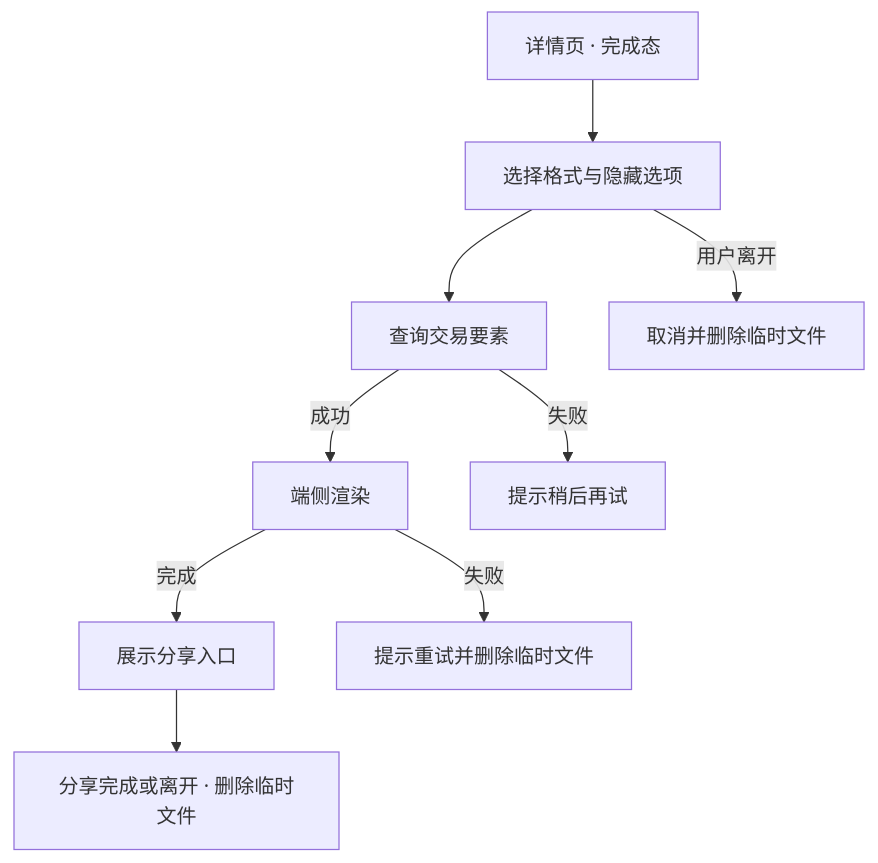
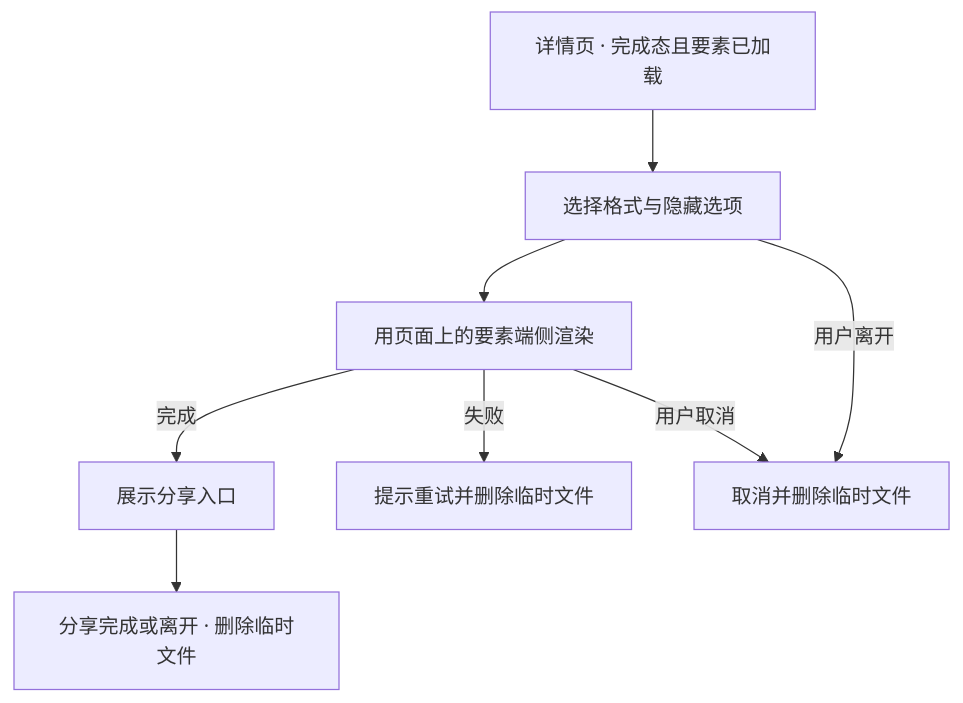
Before and after one commit to sqsqsq/SimulatedWalletForHmos: the diagram in test/story/fixtures/narrative-variants/pairs/base-receipt.story.md, drawn with Mermaid. The commit also changed other lines of this file and 10 other files, not shown here.

````diff
--- a/test/story/fixtures/narrative-variants/pairs/base-receipt.story.md
+++ b/test/story/fixtures/narrative-variants/pairs/base-receipt.story.md
@@ -74,11 +77,10 @@
 ```mermaid
 flowchart TD
-    A[详情页 · 完成态] --> B[选择格式与隐藏选项]
-    B --> C[查询交易要素]
-    C -->|成功| D[端侧渲染]
-    C -->|失败| E[提示稍后再试]
-    D -->|完成| F[展示分享入口]
-    D -->|失败| G[提示重试并删除临时文件]
-    F --> H[分享完成或离开 · 删除临时文件]
-    B -->|用户离开| I[取消并删除临时文件]
+    A[详情页 · 完成态且要素已加载] --> B[选择格式与隐藏选项]
+    B --> C[用页面上的要素端侧渲染]
+    C -->|完成| D[展示分享入口]
+    C -->|失败| E[提示重试并删除临时文件]
+    D --> F[分享完成或离开 · 删除临时文件]
+    B -->|用户离开| G[取消并删除临时文件]
+    C -->|用户取消| G
 ```
````
